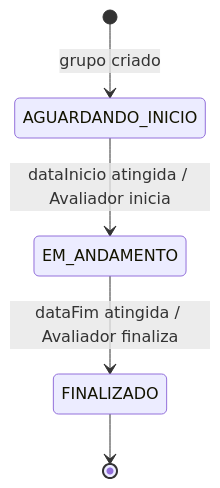
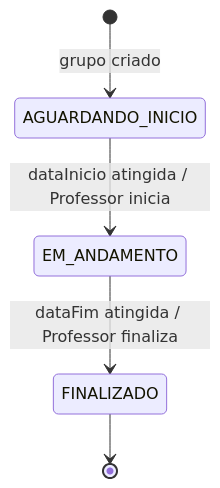
Before and after one commit to pedrogomesleite/judge: the fourth of 5 diagrams in docs/architecture.md, drawn with Mermaid. The commit also changed other lines of this file and 18 other files, not shown here.

````diff
--- a/docs/architecture.md
+++ b/docs/architecture.md
@@ -168,7 +168,7 @@
 ```mermaid
 stateDiagram-v2
     [*] --> AGUARDANDO_INICIO: grupo criado
-    AGUARDANDO_INICIO --> EM_ANDAMENTO: dataInicio atingida / Avaliador inicia
-    EM_ANDAMENTO --> FINALIZADO: dataFim atingida / Avaliador finaliza
+    AGUARDANDO_INICIO --> EM_ANDAMENTO: dataInicio atingida / Professor inicia
+    EM_ANDAMENTO --> FINALIZADO: dataFim atingida / Professor finaliza
     FINALIZADO --> [*]
 ```
````
